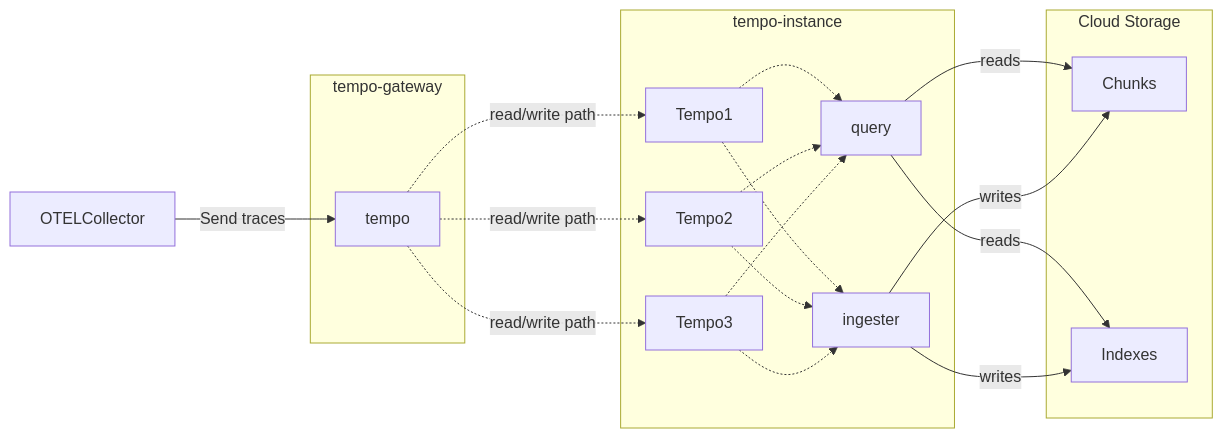
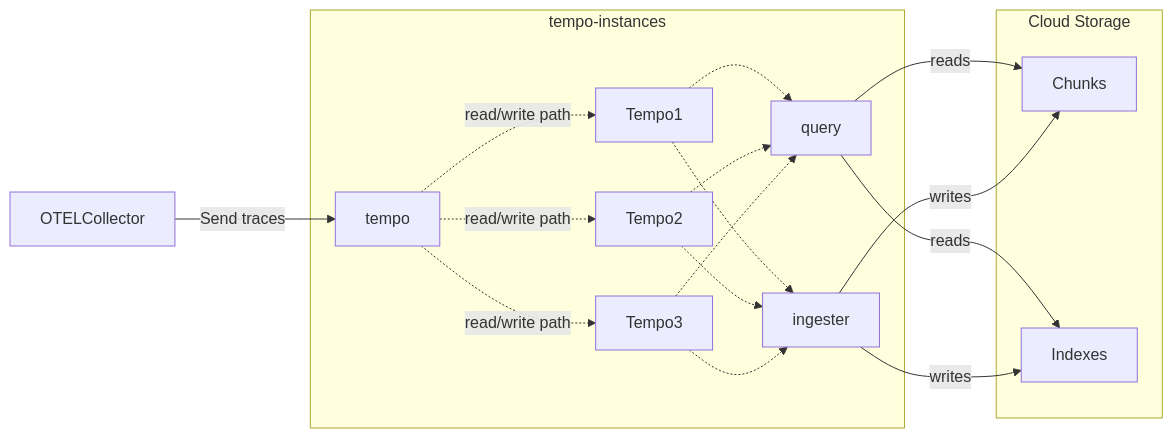
One commit to PrakharSrivastav/tempo-docker-compose changed the diagram in README.md. Above: the diagram before and after it, drawn with Mermaid. The commit also changed other lines of this file, not shown here.

Commit message:
update readme instructions

````diff
--- a/README.md
+++ b/README.md
@@ -12,35 +11,29 @@
 ```mermaid
 graph LR
     OTELCollector -->|Send traces| tempo
+    
+    subgraph LokiRead["tempo-instances"]
 
-    subgraph Tempo["tempo-gateway"]
-        tempo
-    end 
-    
-    tempo -.-> |read/write path| Tempo1
-    tempo -.-> |read/write path| Tempo2
-    tempo -.-> |read/write path| Tempo3
-    
-    subgraph LokiRead["tempo-instance"]
+        tempo -.-> |read/write path| Tempo1
+        tempo -.-> |read/write path| Tempo2
+        tempo -.-> |read/write path| Tempo3
+
         Tempo1 -.-> Ingester["ingester"]
         Tempo1 -.-> Querier["query"]
-    end
-    
-    subgraph LokiRead["tempo-instance"]
+   
         Tempo2 -.-> Ingester["ingester"]
         Tempo2 -.-> Querier["query"]
-    end
     
-    subgraph LokiRead["tempo-instance"]
         Tempo3 -.-> Ingester["ingester"]
         Tempo3-.-> Querier["query"]
     end
-    subgraph Minio["Cloud Storage"]
+
+    subgraph S3["Cloud Storage"]
         Chunks
         Indexes
     end
 
 
     Querier --> |reads| Chunks & Indexes
     Ingester --> |writes| Chunks & Indexes
 ```
````
